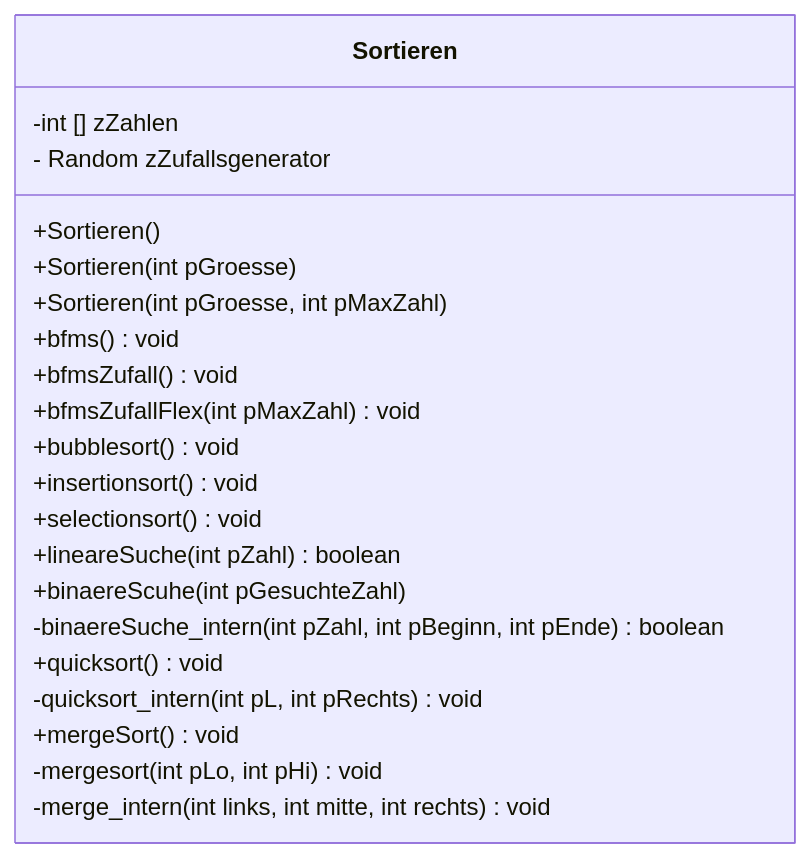
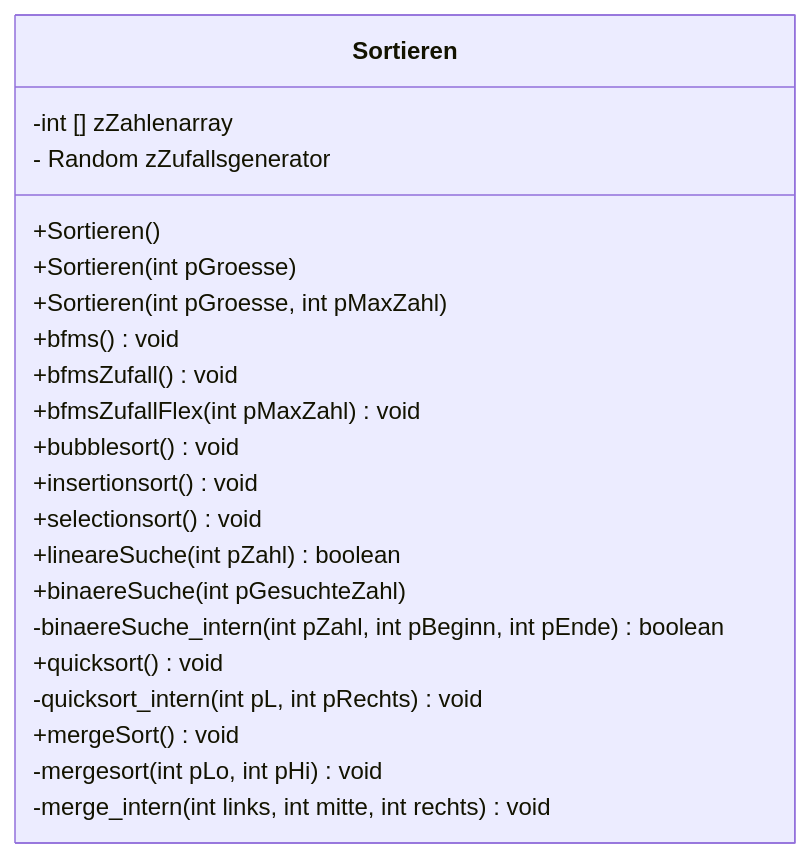
Before and after one commit to rueckertgym/help: the diagram in book/05 Suchen und Sortieren.md, drawn with Mermaid. The commit also changed other lines of this file, not shown here.

````diff
--- a/book/05 Suchen und Sortieren.md
+++ b/book/05 Suchen und Sortieren.md
@@ -9,25 +9,25 @@
 ```mermaid
 classDiagram
     
     class Sortieren {
-      -int [] zZahlen
+      -int [] zZahlenarray
       - Random zZufallsgenerator
       +Sortieren()
       +Sortieren(int pGroesse)
       +Sortieren(int pGroesse, int pMaxZahl)
       +bfms() void
       +bfmsZufall() void
       +bfmsZufallFlex(int pMaxZahl) void
       +bubblesort() void
       +insertionsort() void
       +selectionsort() void
       +lineareSuche(int pZahl) boolean
-      +binaereScuhe(int pGesuchteZahl)
+      +binaereSuche(int pGesuchteZahl)
       -binaereSuche_intern(int pZahl, int pBeginn, int pEnde) boolean
       +quicksort() void
       -quicksort_intern(int pL, int pRechts) void
       +mergeSort() void
       -mergesort(int pLo, int pHi) void
       -merge_intern(int links, int mitte, int rechts) void
     }
 ```
````
